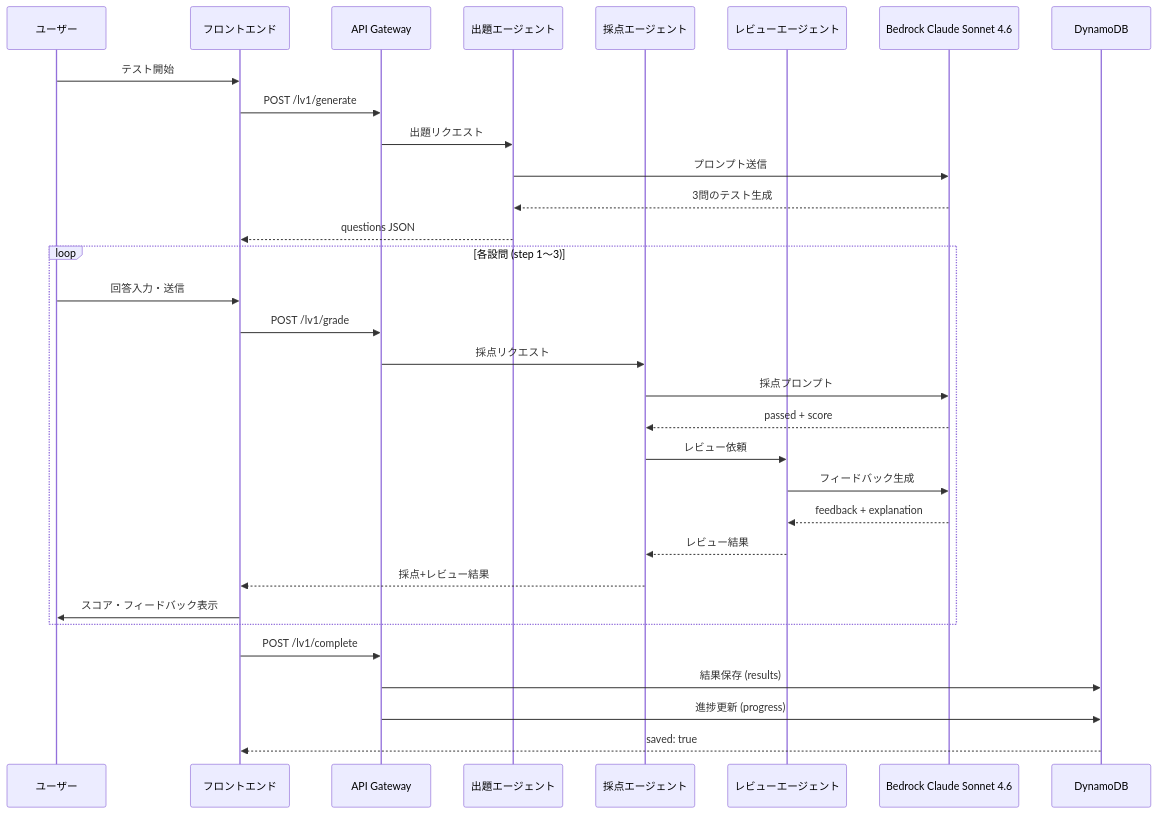
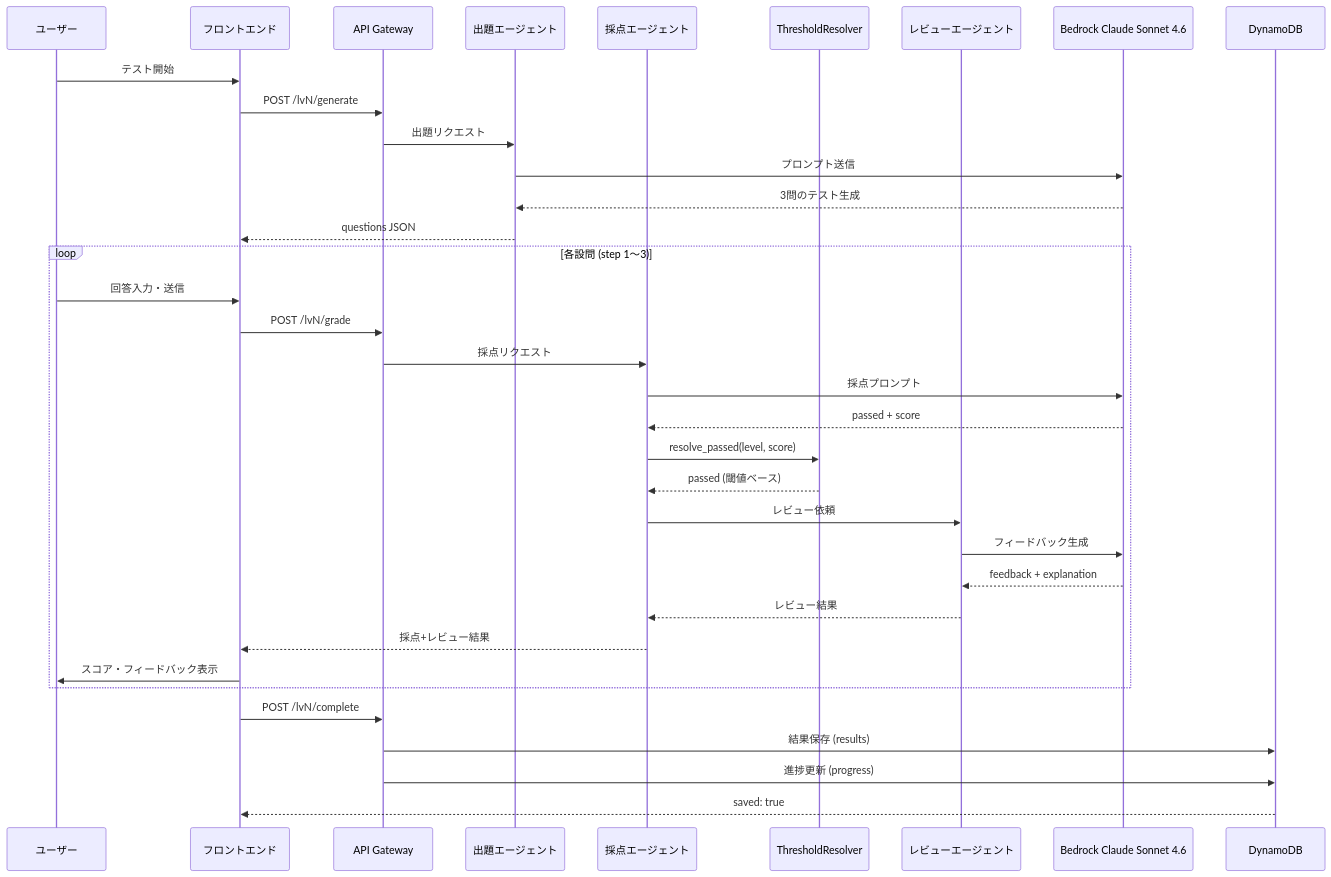
One commit to leadlea/LV1 changed the second of 5 diagrams in README.md. Above: the diagram before and after it, drawn with Mermaid. The commit also changed other lines of this file, not shown here.

Commit message:
docs: update README mermaid diagrams for LV1-LV4 and threshold resolver

````diff
--- a/README.md
+++ b/README.md
@@ -48,37 +57,40 @@
 ```mermaid
 sequenceDiagram
     participant U as ユーザー
     participant FE as フロントエンド
     participant API as API Gateway
     participant TG as 出題エージェント
     participant G as 採点エージェント
+    participant TR as ThresholdResolver
     participant R as レビューエージェント
     participant BR as Bedrock Claude Sonnet 4.6
     participant DB as DynamoDB
 
     U->>FE: テスト開始
-    FE->>API: POST /lv1/generate
+    FE->>API: POST /lvN/generate
     API->>TG: 出題リクエスト
     TG->>BR: プロンプト送信
     BR-->>TG: 3問のテスト生成
     TG-->>FE: questions JSON
 
     loop 各設問 (step 1〜3)
         U->>FE: 回答入力・送信
-        FE->>API: POST /lv1/grade
+        FE->>API: POST /lvN/grade
         API->>G: 採点リクエスト
         G->>BR: 採点プロンプト
         BR-->>G: passed + score
+        G->>TR: resolve_passed(level, score)
+        TR-->>G: passed (閾値ベース)
         G->>R: レビュー依頼
         R->>BR: フィードバック生成
         BR-->>R: feedback + explanation
         R-->>G: レビュー結果
         G-->>FE: 採点+レビュー結果
         FE->>U: スコア・フィードバック表示
     end
 
-    FE->>API: POST /lv1/complete
+    FE->>API: POST /lvN/complete
     API->>DB: 結果保存 (results)
     API->>DB: 進捗更新 (progress)
     DB-->>FE: saved: true
 ```
````
